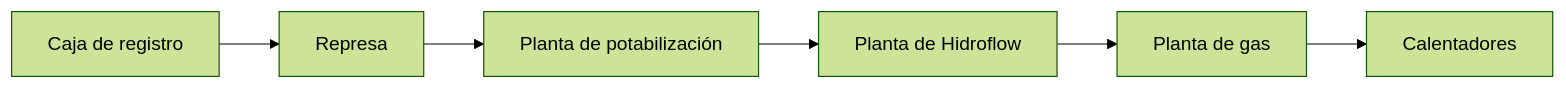
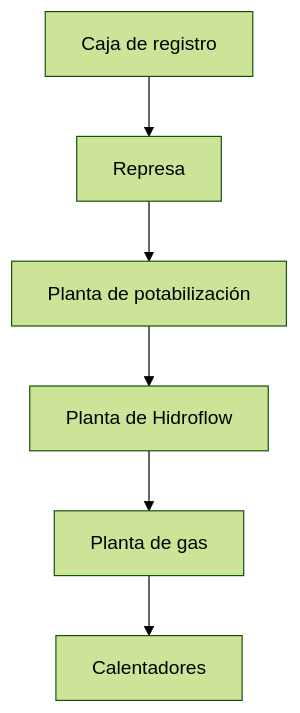
The diagram in public/content/intro.md (Stivenavs/sausalito-mauals), drawn with Mermaid (forest theme) before and after one commit. The commit also changed 10 other files, not shown here.

````diff
--- a/public/content/intro.md
+++ b/public/content/intro.md
@@ -13,8 +13,8 @@
 ```mermaid
-flowchart LR
+flowchart TB
     A[Caja de registro] --> B[Represa]
     B --> C[Planta de potabilización]
     C --> D[Planta de Hidroflow]
     D --> E[Planta de gas]
     E --> F[Calentadores]
 ```
````
